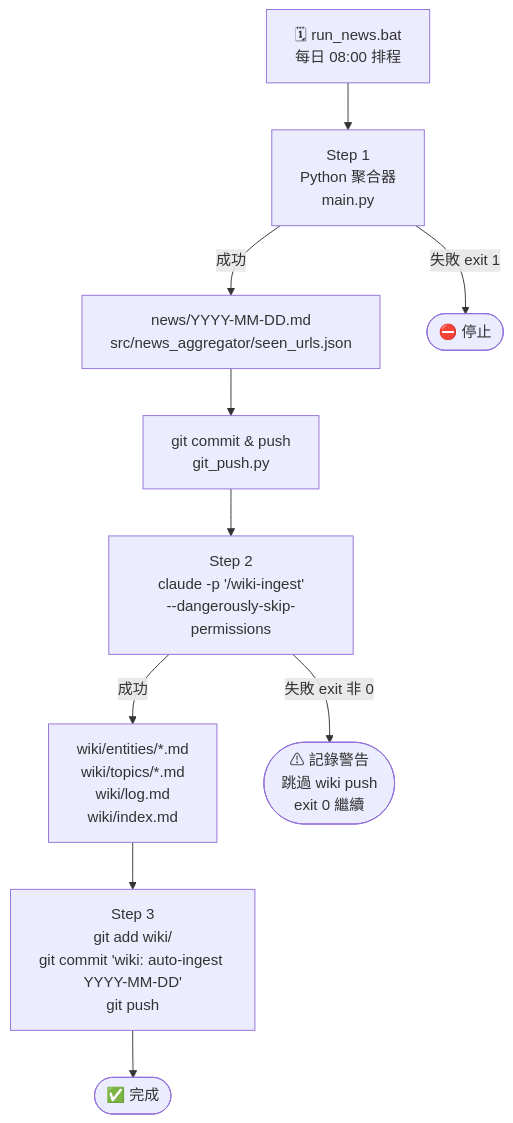
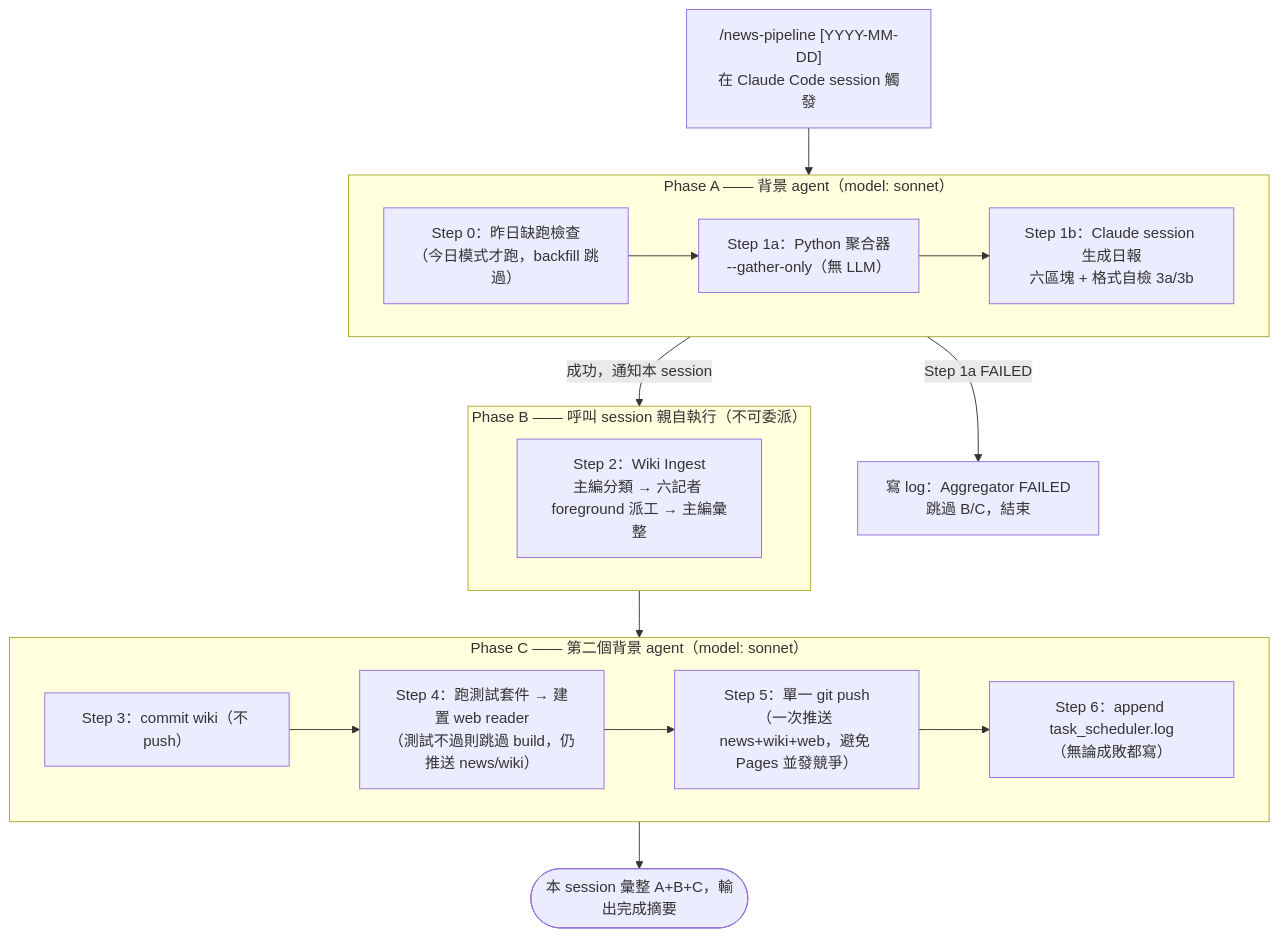
The first of 5 diagrams in src/DesignDocument/Design Diagram.md (mandy82477/claude-news), drawn with Mermaid before and after one commit. The commit also changed other lines of this file, not shown here.

Commit message:
docs: 重寫 Design Diagram 為現況操作架構（三段式 pipeline/10 來源/六記者/lint 九步）

````diff
--- a/src/DesignDocument/Design Diagram.md
+++ b/src/DesignDocument/Design Diagram.md
@@ -9,18 +18,30 @@
-``` mermaid
+```mermaid
 flowchart TD
-    BAT["🗓 run_news.bat\n每日 08:00 排程"] --> AGG
+    TRIG["/news-pipeline [YYYY-MM-DD]\n在 Claude Code session 觸發"] --> PA
 
-    AGG["Step 1\nPython 聚合器\nmain.py"] -->|成功| NEWS_OUT
-    AGG -->|失敗 exit 1| STOP(["⛔ 停止"])
+    subgraph PA["Phase A —— 背景 agent（model: sonnet）"]
+        S0["Step 0：昨日缺跑檢查\n（今日模式才跑，backfill 跳過）"]
+        S1A["Step 1a：Python 聚合器\n--gather-only（無 LLM）"]
+        S1B["Step 1b：Claude session 生成日報\n六區塊 + 格式自檢 3a/3b"]
+        S0 --> S1A --> S1B
+    end
 
-    NEWS_OUT["news/YYYY-MM-DD.md\nsrc/news_aggregator/seen_urls.json"] --> PUSH1["git commit & push\ngit_push.py"]
+    PA -->|Step 1a FAILED| STOP["寫 log：Aggregator FAILED\n跳過 B/C，結束"]
+    PA -->|成功，通知本 session| PB
 
-    PUSH1 --> WIKI
+    subgraph PB["Phase B —— 呼叫 session 親自執行（不可委派）"]
+        S2["Step 2：Wiki Ingest\n主編分類 → 六記者 foreground 派工 → 主編彙整"]
+    end
 
-    WIKI["Step 2\nclaude -p '/wiki-ingest'\n--dangerously-skip-permissions"] -->|成功| WIKI_FILES
-    WIKI -->|失敗 exit 非 0| WARN(["⚠ 記錄警告\n跳過 wiki push\nexit 0 繼續"])
+    PB --> PC
 
-    WIKI_FILES["wiki/entities/*.md\nwiki/topics/*.md\nwiki/log.md\nwiki/index.md"] --> PUSH2
+    subgraph PC["Phase C —— 第二個背景 agent（model: sonnet）"]
+        S3["Step 3：commit wiki（不 push）"]
+        S4["Step 4：跑測試套件 → 建置 web reader\n（測試不過則跳過 build，仍推送 news/wiki）"]
+        S5["Step 5：單一 git push\n（一次推送 news+wiki+web，避免 Pages 並發競爭）"]
+        S6["Step 6：append task_scheduler.log\n（無論成敗都寫）"]
+        S3 --> S4 --> S5 --> S6
+    end
 
-    PUSH2["Step 3\ngit add wiki/\ngit commit 'wiki: auto-ingest YYYY-MM-DD'\ngit push"] --> DONE(["✅ 完成"])
+    PC --> DONE(["本 session 彙整 A+B+C，輸出完成摘要"])
 ```
````
